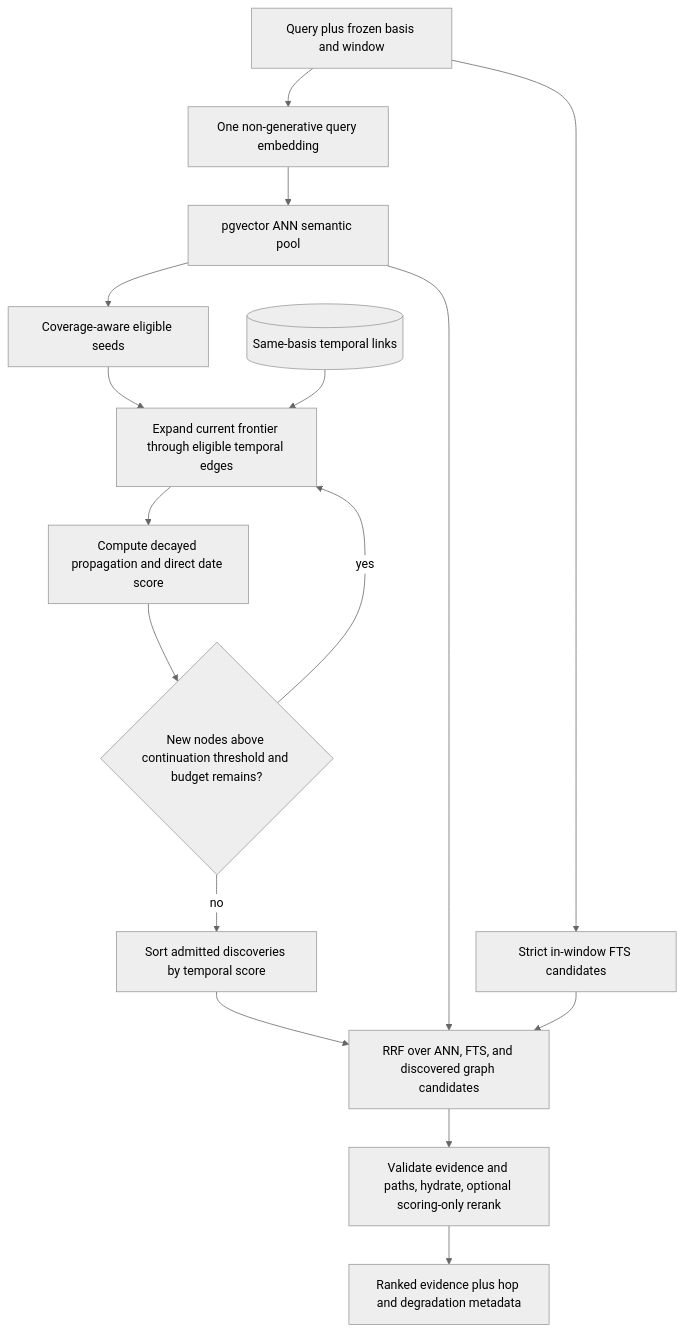
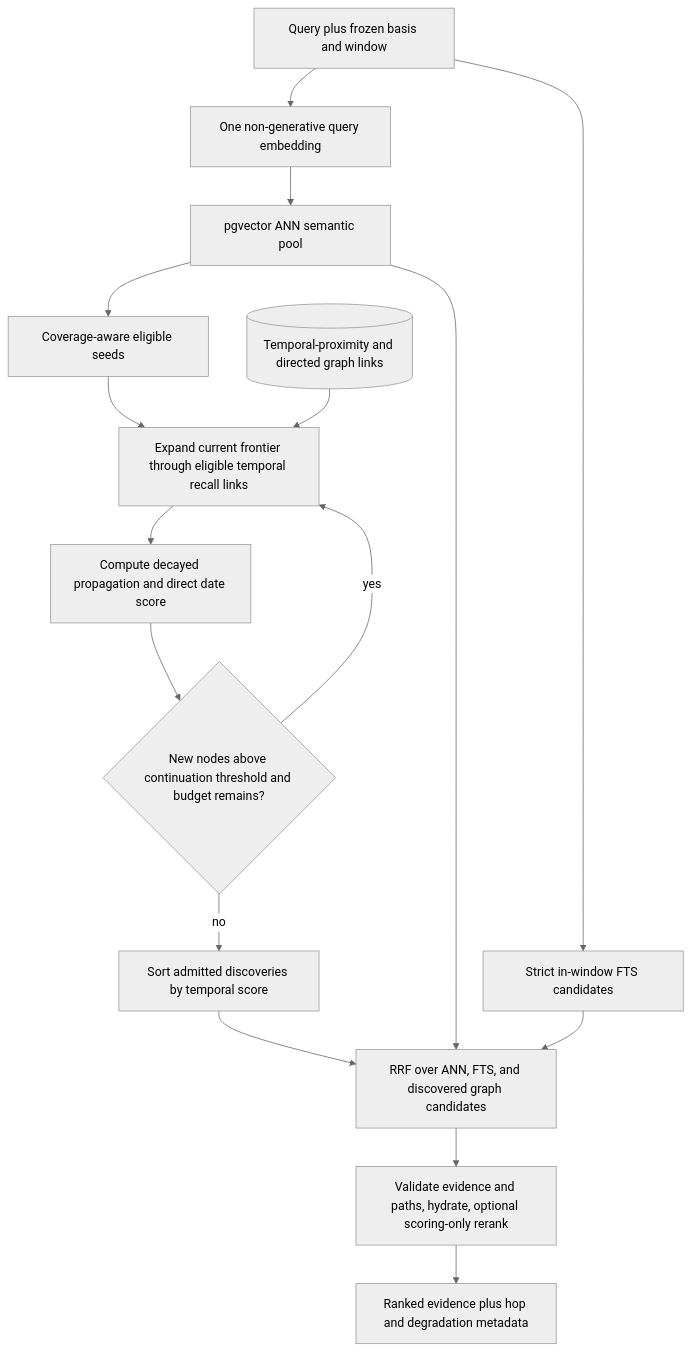
Before and after one commit to rocke2020/hindsight: the diagram in learning/design_points/memos-hindsight-postgresql-temporal-design.md, drawn with Mermaid (neutral theme). The commit also changed other lines of this file and 1 other file, not shown here.

````diff
--- a/learning/design_points/memos-hindsight-postgresql-temporal-design.md
+++ b/learning/design_points/memos-hindsight-postgresql-temporal-design.md
@@ -330,18 +335,18 @@
 ```mermaid
 flowchart TD
     Q[Query plus frozen basis and window] --> E[One non-generative query embedding]
     Q --> F[Strict in-window FTS candidates]
     E --> A[pgvector ANN semantic pool]
     A --> S[Coverage-aware eligible seeds]
-    S --> H[Expand current frontier through eligible temporal edges]
-    L[(Same-basis temporal links)] --> H
+    S --> H[Expand current frontier through eligible temporal recall links]
+    L[(Temporal-proximity and directed graph links)] --> H
     H --> T[Compute decayed propagation and direct date score]
     T --> N{New nodes above continuation threshold and budget remains?}
     N -->|yes| H
     N -->|no| G[Sort admitted discoveries by temporal score]
     A --> R[RRF over ANN, FTS, and discovered graph candidates]
     F --> R
     G --> R
     R --> V[Validate evidence and paths, hydrate, optional scoring-only rerank]
     V --> O[Ranked evidence plus hop and degradation metadata]
 ```
````
